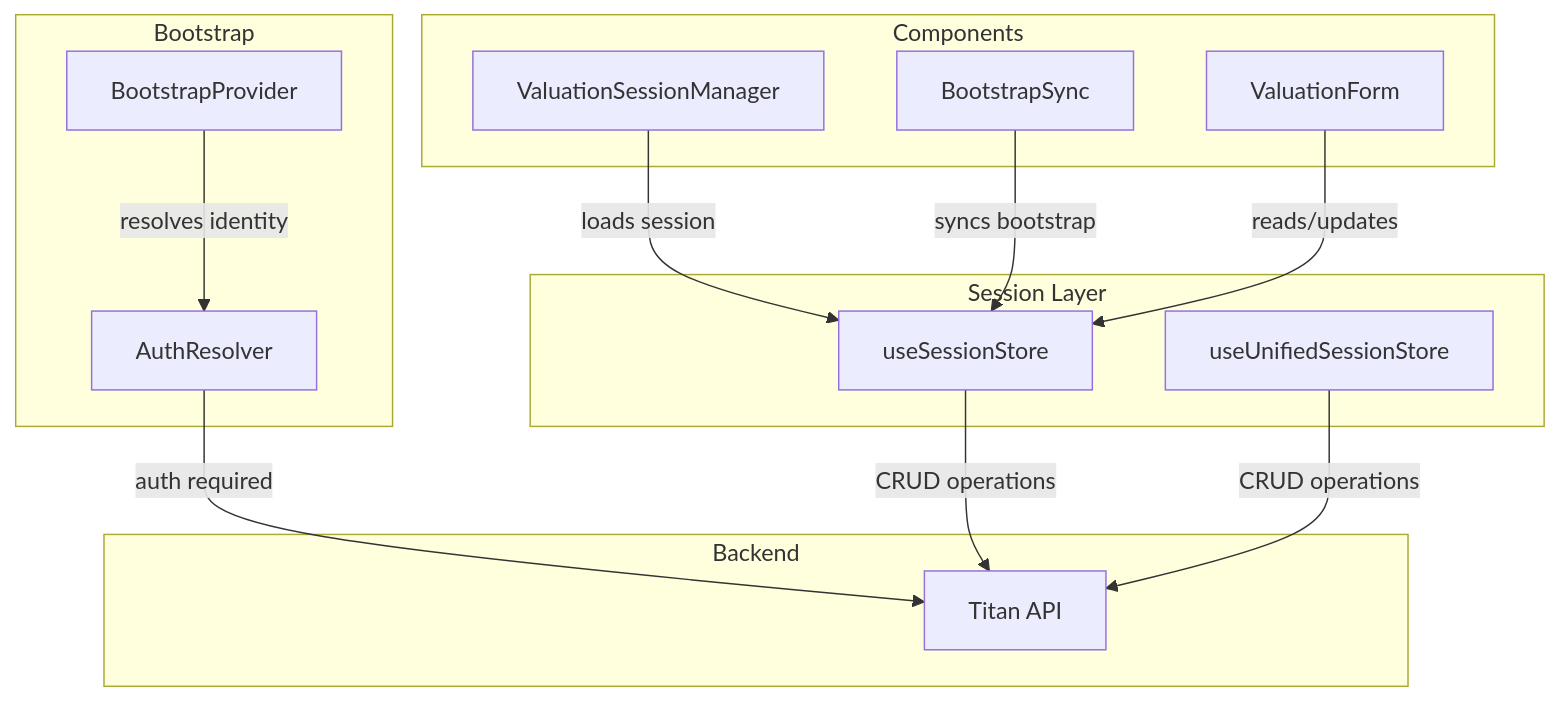
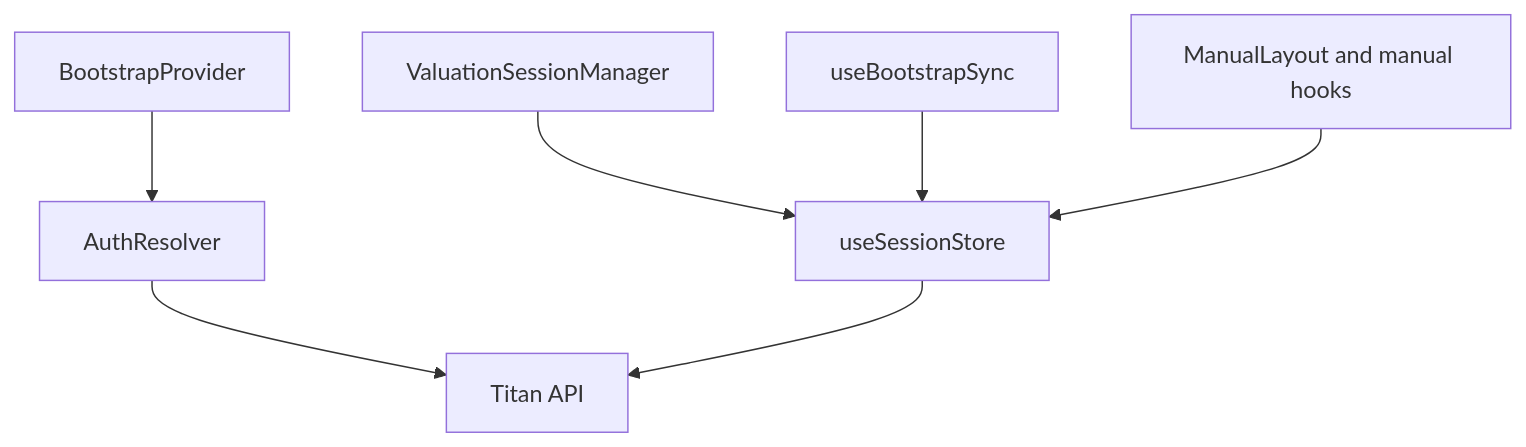
One commit to UpswitchEU/venus changed the diagram in src/store/SESSION_STORES.md. Above: the diagram before and after it, drawn with Mermaid. The commit also changed other lines of this file and 196 other files, not shown here.

````diff
--- a/src/store/SESSION_STORES.md
+++ b/src/store/SESSION_STORES.md
@@ -136,31 +45,9 @@
 ```mermaid
 graph TD
-    subgraph Bootstrap
-        BP[BootstrapProvider]
-        AR[AuthResolver]
-    end
-    
-    subgraph Session Layer
-        SS[useSessionStore]
-        US[useUnifiedSessionStore]
-    end
-    
-    subgraph Components
-        VM[ValuationSessionManager]
-        VF[ValuationForm]
-        BS[BootstrapSync]
-    end
-    
-    subgraph Backend
-        T[Titan API]
-    end
-    
-    BP -->|resolves identity| AR
-    AR -->|auth required| T
-    SS -->|CRUD operations| T
-    US -->|CRUD operations| T
-    
-    VM -->|loads session| SS
-    BS -->|syncs bootstrap| SS
-    VF -->|reads/updates| SS
+    BP[BootstrapProvider] --> AR[AuthResolver]
+    AR --> Titan[Titan API]
+    VSM[ValuationSessionManager] --> Store[useSessionStore]
+    BS[useBootstrapSync] --> Store
+    Manual[ManualLayout and manual hooks] --> Store
+    Store --> Titan
 ```
````
